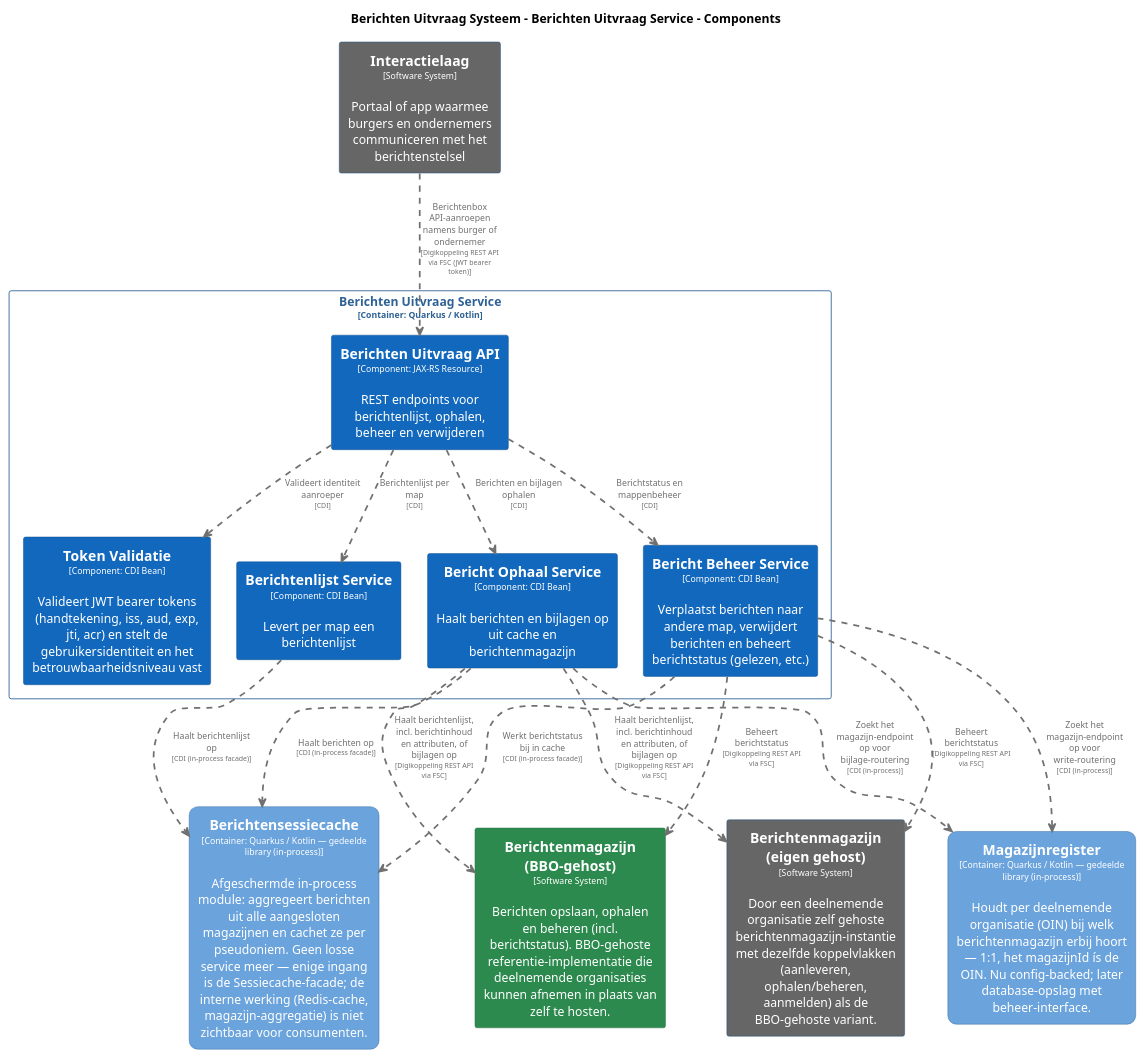
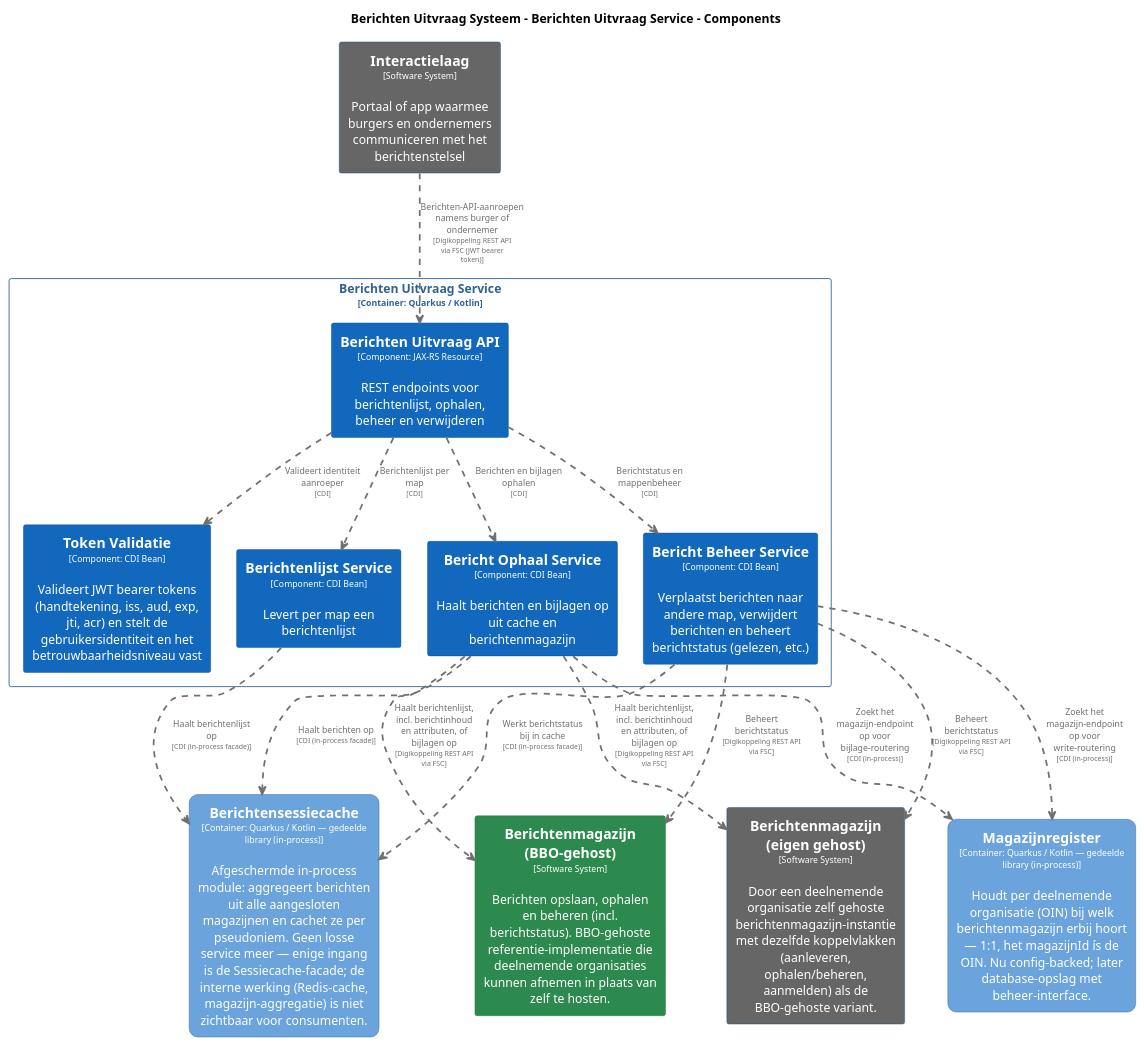
One commit to MinBZK/moza-poc-fbs-berichtenbox changed the diagram in master/puml/BerichtenUitvraagServiceComponenten.puml. Above: the diagram before and after it, drawn with PlantUML. The commit also changed 29 other files, not shown here.

```diff
--- a/master/puml/BerichtenUitvraagServiceComponenten.puml
+++ b/master/puml/BerichtenUitvraagServiceComponenten.puml
@@ -1,114 +1,114 @@
 @startuml
 set separator none
 title Berichten Uitvraag Systeem - Berichten Uitvraag Service - Components
 
 top to bottom direction
 skinparam ranksep 60
 skinparam nodesep 30
 
 skinparam {
   arrowFontSize 10
   defaultTextAlignment center
   wrapWidth 200
   maxMessageSize 100
 }
 
 hide stereotype
 
 skinparam rectangle<<BerichtenUitvraagSysteem.BerichtenUitvraagService.BerichtBeheerService>> {
   BackgroundColor #1168bd
   FontColor #ffffff
   BorderColor #0b4884
   shadowing false
 }
 skinparam rectangle<<BerichtenUitvraagSysteem.BerichtenUitvraagService.BerichtOphaalService>> {
   BackgroundColor #1168bd
   FontColor #ffffff
   BorderColor #0b4884
   shadowing false
 }
 skinparam rectangle<<BerichtenUitvraagSysteem.BerichtenUitvraagService.BerichtenUitvraagAPI>> {
   BackgroundColor #1168bd
   FontColor #ffffff
   BorderColor #0b4884
   shadowing false
 }
 skinparam rectangle<<BerichtenUitvraagSysteem.BerichtenUitvraagService.BerichtenlijstService>> {
   BackgroundColor #1168bd
   FontColor #ffffff
   BorderColor #0b4884
   shadowing false
 }
 skinparam rectangle<<BerichtenmagazijnBBOgehost>> {
   BackgroundColor #2d8a4e
   FontColor #ffffff
   BorderColor #1e6b38
   shadowing false
 }
 skinparam rectangle<<Berichtenmagazijneigengehost>> {
   BackgroundColor #666666
   FontColor #ffffff
   BorderColor #0b4884
   shadowing false
 }
 skinparam rectangle<<BerichtenUitvraagSysteem.Berichtensessiecache>> {
   BackgroundColor #6ba3dd
   FontColor #ffffff
   BorderColor #2e6295
   roundCorner 20
   shadowing false
 }
 skinparam rectangle<<Interactielaag>> {
   BackgroundColor #666666
   FontColor #ffffff
   BorderColor #0b4884
   shadowing false
 }
 skinparam rectangle<<BerichtenUitvraagSysteem.Magazijnregister>> {
   BackgroundColor #6ba3dd
   FontColor #ffffff
   BorderColor #2e6295
   roundCorner 20
   shadowing false
 }
 skinparam rectangle<<BerichtenUitvraagSysteem.BerichtenUitvraagService.TokenValidatie>> {
   BackgroundColor #1168bd
   FontColor #ffffff
   BorderColor #0b4884
   shadowing false
 }
 skinparam rectangle<<BerichtenUitvraagSysteem.BerichtenUitvraagService>> {
   BorderColor #2e6295
   FontColor #2e6295
   shadowing false
 }
 
 rectangle "==Interactielaag\n<size:10>[Software System]</size>\n\nPortaal of app waarmee burgers en ondernemers communiceren met het berichtenstelsel" <<Interactielaag>> as Interactielaag
 rectangle "==Berichtenmagazijn (eigen gehost)\n<size:10>[Software System]</size>\n\nDoor een deelnemende organisatie zelf gehoste berichtenmagazijn-instantie met dezelfde koppelvlakken (aanleveren, ophalen/beheren, aanmelden) als de BBO-gehoste variant." <<Berichtenmagazijneigengehost>> as Berichtenmagazijneigengehost
 rectangle "==Berichtenmagazijn (BBO-gehost)\n<size:10>[Software System]</size>\n\nBerichten opslaan, ophalen en beheren (incl. berichtstatus). BBO-gehoste referentie-implementatie die deelnemende organisaties kunnen afnemen in plaats van zelf te hosten." <<BerichtenmagazijnBBOgehost>> as BerichtenmagazijnBBOgehost
 rectangle "==Berichtensessiecache\n<size:10>[Container: Quarkus / Kotlin — gedeelde library (in-process)]</size>\n\nAfgeschermde in-process module: aggregeert berichten uit alle aangesloten magazijnen en cachet ze per pseudoniem. Geen losse service meer — enige ingang is de Sessiecache-facade; de interne werking (Redis-cache, magazijn-aggregatie) is niet zichtbaar voor consumenten." <<BerichtenUitvraagSysteem.Berichtensessiecache>> as BerichtenUitvraagSysteem.Berichtensessiecache
 rectangle "==Magazijnregister\n<size:10>[Container: Quarkus / Kotlin — gedeelde library (in-process)]</size>\n\nHoudt per deelnemende organisatie (OIN) bij welk berichtenmagazijn erbij hoort — 1:1, het magazijnId ís de OIN. Nu config-backed; later database-opslag met beheer-interface." <<BerichtenUitvraagSysteem.Magazijnregister>> as BerichtenUitvraagSysteem.Magazijnregister
 
 rectangle "Berichten Uitvraag Service\n<size:10>[Container: Quarkus / Kotlin]</size>" <<BerichtenUitvraagSysteem.BerichtenUitvraagService>> {
   rectangle "==Berichten Uitvraag API\n<size:10>[Component: JAX-RS Resource]</size>\n\nREST endpoints voor berichtenlijst, ophalen, beheer en verwijderen" <<BerichtenUitvraagSysteem.BerichtenUitvraagService.BerichtenUitvraagAPI>> as BerichtenUitvraagSysteem.BerichtenUitvraagService.BerichtenUitvraagAPI
   rectangle "==Token Validatie\n<size:10>[Component: CDI Bean]</size>\n\nValideert JWT bearer tokens (handtekening, iss, aud, exp, jti, acr) en stelt de gebruikersidentiteit en het betrouwbaarheidsniveau vast" <<BerichtenUitvraagSysteem.BerichtenUitvraagService.TokenValidatie>> as BerichtenUitvraagSysteem.BerichtenUitvraagService.TokenValidatie
   rectangle "==Berichtenlijst Service\n<size:10>[Component: CDI Bean]</size>\n\nLevert per map een berichtenlijst" <<BerichtenUitvraagSysteem.BerichtenUitvraagService.BerichtenlijstService>> as BerichtenUitvraagSysteem.BerichtenUitvraagService.BerichtenlijstService
   rectangle "==Bericht Ophaal Service\n<size:10>[Component: CDI Bean]</size>\n\nHaalt berichten en bijlagen op uit cache en berichtenmagazijn" <<BerichtenUitvraagSysteem.BerichtenUitvraagService.BerichtOphaalService>> as BerichtenUitvraagSysteem.BerichtenUitvraagService.BerichtOphaalService
   rectangle "==Bericht Beheer Service\n<size:10>[Component: CDI Bean]</size>\n\nVerplaatst berichten naar andere map, verwijdert berichten en beheert berichtstatus (gelezen, etc.)" <<BerichtenUitvraagSysteem.BerichtenUitvraagService.BerichtBeheerService>> as BerichtenUitvraagSysteem.BerichtenUitvraagService.BerichtBeheerService
 }
 
-Interactielaag .[#707070,thickness=2].> BerichtenUitvraagSysteem.BerichtenUitvraagService.BerichtenUitvraagAPI : "<color:#707070>Berichtenbox API-aanroepen namens burger of ondernemer\n<color:#707070><size:8>[Digikoppeling REST API via FSC (JWT bearer token)]</size>"
+Interactielaag .[#707070,thickness=2].> BerichtenUitvraagSysteem.BerichtenUitvraagService.BerichtenUitvraagAPI : "<color:#707070>Berichten-API-aanroepen namens burger of ondernemer\n<color:#707070><size:8>[Digikoppeling REST API via FSC (JWT bearer token)]</size>"
 BerichtenUitvraagSysteem.BerichtenUitvraagService.BerichtOphaalService .[#707070,thickness=2].> BerichtenmagazijnBBOgehost : "<color:#707070>Haalt berichtenlijst, incl. berichtinhoud en attributen, of bijlagen op\n<color:#707070><size:8>[Digikoppeling REST API via FSC]</size>"
 BerichtenUitvraagSysteem.BerichtenUitvraagService.BerichtBeheerService .[#707070,thickness=2].> BerichtenmagazijnBBOgehost : "<color:#707070>Beheert berichtstatus\n<color:#707070><size:8>[Digikoppeling REST API via FSC]</size>"
 BerichtenUitvraagSysteem.BerichtenUitvraagService.BerichtOphaalService .[#707070,thickness=2].> Berichtenmagazijneigengehost : "<color:#707070>Haalt berichtenlijst, incl. berichtinhoud en attributen, of bijlagen op\n<color:#707070><size:8>[Digikoppeling REST API via FSC]</size>"
 BerichtenUitvraagSysteem.BerichtenUitvraagService.BerichtBeheerService .[#707070,thickness=2].> Berichtenmagazijneigengehost : "<color:#707070>Beheert berichtstatus\n<color:#707070><size:8>[Digikoppeling REST API via FSC]</size>"
 BerichtenUitvraagSysteem.BerichtenUitvraagService.BerichtenUitvraagAPI .[#707070,thickness=2].> BerichtenUitvraagSysteem.BerichtenUitvraagService.TokenValidatie : "<color:#707070>Valideert identiteit aanroeper\n<color:#707070><size:8>[CDI]</size>"
 BerichtenUitvraagSysteem.BerichtenUitvraagService.BerichtenUitvraagAPI .[#707070,thickness=2].> BerichtenUitvraagSysteem.BerichtenUitvraagService.BerichtenlijstService : "<color:#707070>Berichtenlijst per map\n<color:#707070><size:8>[CDI]</size>"
 BerichtenUitvraagSysteem.BerichtenUitvraagService.BerichtenUitvraagAPI .[#707070,thickness=2].> BerichtenUitvraagSysteem.BerichtenUitvraagService.BerichtOphaalService : "<color:#707070>Berichten en bijlagen ophalen\n<color:#707070><size:8>[CDI]</size>"
 BerichtenUitvraagSysteem.BerichtenUitvraagService.BerichtenUitvraagAPI .[#707070,thickness=2].> BerichtenUitvraagSysteem.BerichtenUitvraagService.BerichtBeheerService : "<color:#707070>Berichtstatus en mappenbeheer\n<color:#707070><size:8>[CDI]</size>"
 BerichtenUitvraagSysteem.BerichtenUitvraagService.BerichtOphaalService .[#707070,thickness=2].> BerichtenUitvraagSysteem.Berichtensessiecache : "<color:#707070>Haalt berichten op\n<color:#707070><size:8>[CDI (in-process facade)]</size>"
 BerichtenUitvraagSysteem.BerichtenUitvraagService.BerichtenlijstService .[#707070,thickness=2].> BerichtenUitvraagSysteem.Berichtensessiecache : "<color:#707070>Haalt berichtenlijst op\n<color:#707070><size:8>[CDI (in-process facade)]</size>"
 BerichtenUitvraagSysteem.BerichtenUitvraagService.BerichtBeheerService .[#707070,thickness=2].> BerichtenUitvraagSysteem.Berichtensessiecache : "<color:#707070>Werkt berichtstatus bij in cache\n<color:#707070><size:8>[CDI (in-process facade)]</size>"
 BerichtenUitvraagSysteem.BerichtenUitvraagService.BerichtOphaalService .[#707070,thickness=2].> BerichtenUitvraagSysteem.Magazijnregister : "<color:#707070>Zoekt het magazijn-endpoint op voor bijlage-routering\n<color:#707070><size:8>[CDI (in-process)]</size>"
 BerichtenUitvraagSysteem.BerichtenUitvraagService.BerichtBeheerService .[#707070,thickness=2].> BerichtenUitvraagSysteem.Magazijnregister : "<color:#707070>Zoekt het magazijn-endpoint op voor write-routering\n<color:#707070><size:8>[CDI (in-process)]</size>"
 @enduml
```
